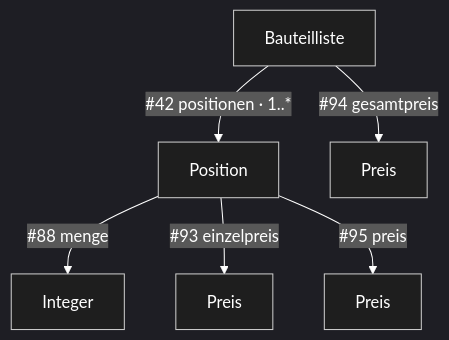
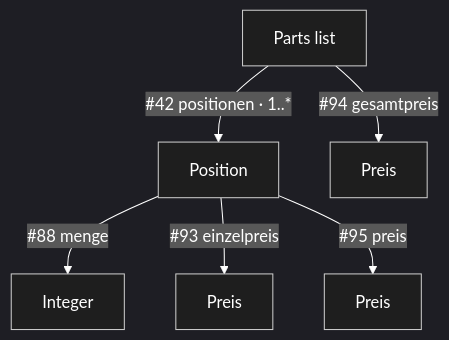
One commit to sfambach/wp-taxonomy-modeler changed the fifth of 11 diagrams in docs/NewConcept/60-calculation.md. Above: the diagram before and after it, drawn with Mermaid. The commit also changed other lines of this file and 7 other files, not shown here.

````diff
--- a/docs/NewConcept/60-calculation.md
+++ b/docs/NewConcept/60-calculation.md
@@ -216,19 +216,19 @@
 ```mermaid
 ---
 config:
   theme: dark
   themeVariables:
     mainBkg: "#1e1e1e"
     background: "#1e1e1e"
     primaryColor: "#1e1e1e"
     classText: "#ffffff"
     textColor: "#ffffff"
     lineColor: "#ffffff"
 ---
 flowchart TD
-    BL[Bauteilliste] -->|#42 positionen · 1..*| POS[Position]
+    BL[Parts list] -->|#42 positionen · 1..*| POS[Position]
     BL -->|#94 gesamtpreis| G[Preis]
     POS -->|#88 menge| M[Integer]
     POS -->|#93 einzelpreis| E[Preis]
     POS -->|#95 preis| P[Preis]
 ```
````
